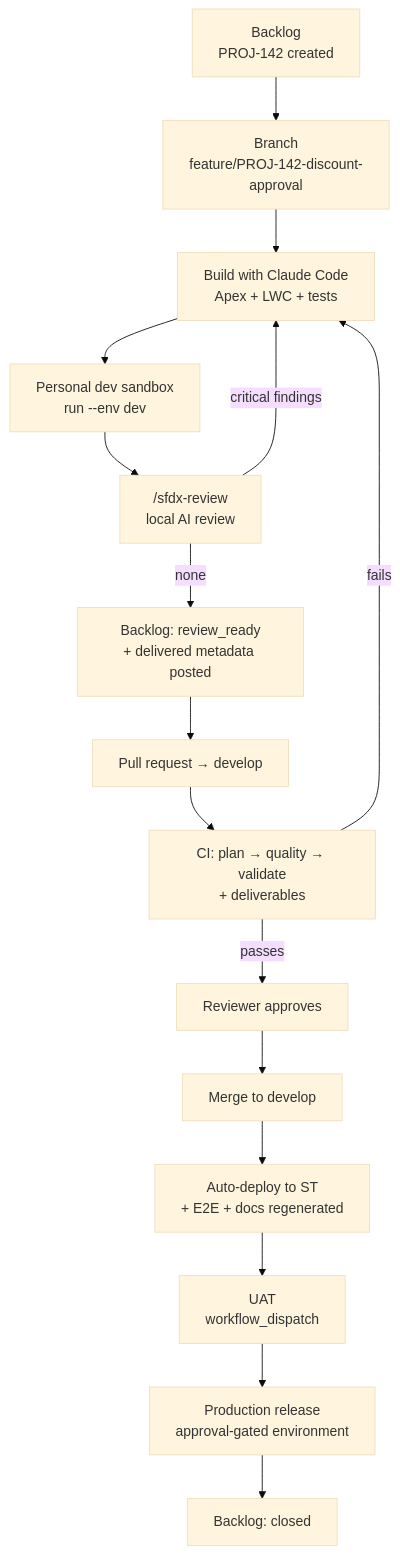
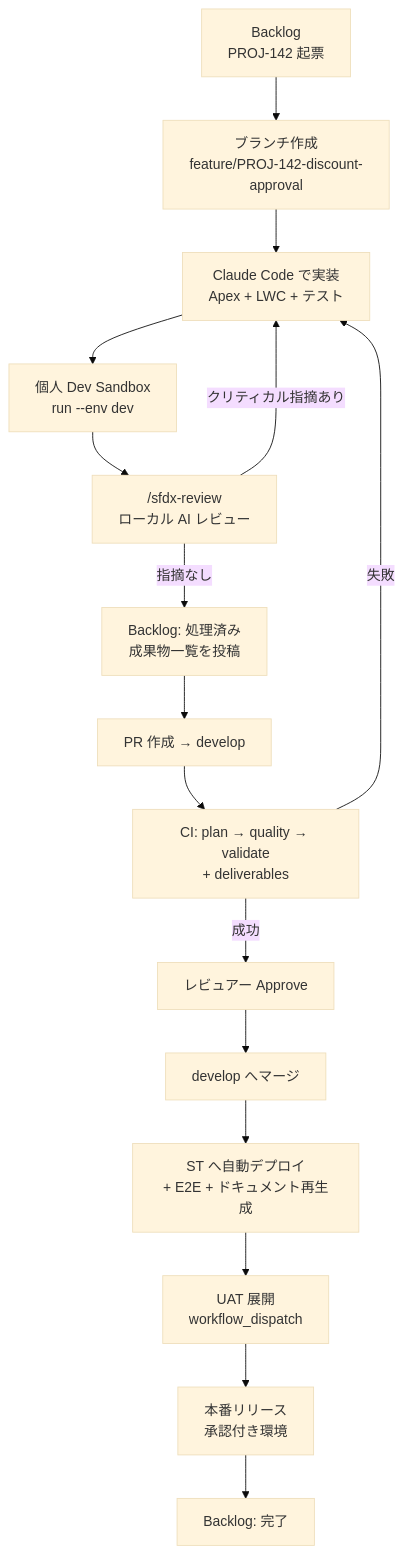
Before and after one commit to furuCRM-Inc/sfdx-devops-kit: the diagram in docs/OPERATIONS_MANUAL.md, drawn with Mermaid (base theme). The commit also changed other lines of this file and 8 other files, not shown here.

````diff
--- a/docs/OPERATIONS_MANUAL.md
+++ b/docs/OPERATIONS_MANUAL.md
@@ -14,18 +29,18 @@
 ```mermaid
 flowchart TD
-    A["Backlog<br/>PROJ-142 created"] --> B["Branch<br/>feature/PROJ-142-discount-approval"]
-    B --> C["Build with Claude Code<br/>Apex + LWC + tests"]
-    C --> D["Personal dev sandbox<br/>run --env dev"]
-    D --> E["/sfdx-review<br/>local AI review"]
-    E -->|critical findings| C
-    E -->|none| F["Backlog: review_ready<br/>+ delivered metadata posted"]
-    F --> G["Pull request → develop"]
+    A["Backlog<br/>PROJ-142 起票"] --> B["ブランチ作成<br/>feature/PROJ-142-discount-approval"]
+    B --> C["Claude Code で実装<br/>Apex + LWC + テスト"]
+    C --> D["個人 Dev Sandbox<br/>run --env dev"]
+    D --> E["/sfdx-review<br/>ローカル AI レビュー"]
+    E -->|クリティカル指摘あり| C
+    E -->|指摘なし| F["Backlog: 処理済み<br/>成果物一覧を投稿"]
+    F --> G["PR 作成 → develop"]
     G --> H["CI: plan → quality → validate<br/>+ deliverables"]
-    H -->|fails| C
-    H -->|passes| I["Reviewer approves"]
-    I --> J["Merge to develop"]
-    J --> K["Auto-deploy to ST<br/>+ E2E + docs regenerated"]
-    K --> L["UAT<br/>workflow_dispatch"]
-    L --> M["Production release<br/>approval-gated environment"]
-    M --> N["Backlog: closed"]
+    H -->|失敗| C
+    H -->|成功| I["レビュアー Approve"]
+    I --> J["develop へマージ"]
+    J --> K["ST へ自動デプロイ<br/>+ E2E + ドキュメント再生成"]
+    K --> L["UAT 展開<br/>workflow_dispatch"]
+    L --> M["本番リリース<br/>承認付き環境"]
+    M --> N["Backlog: 完了"]
 ```
````
